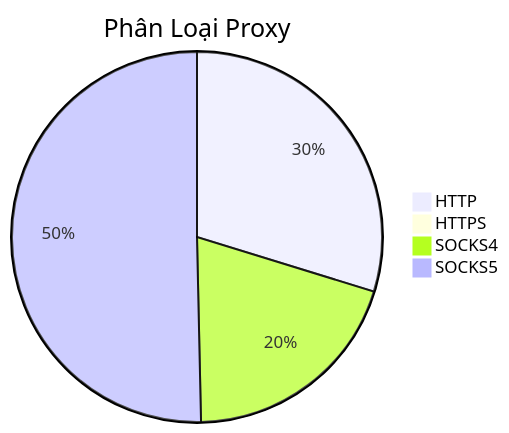
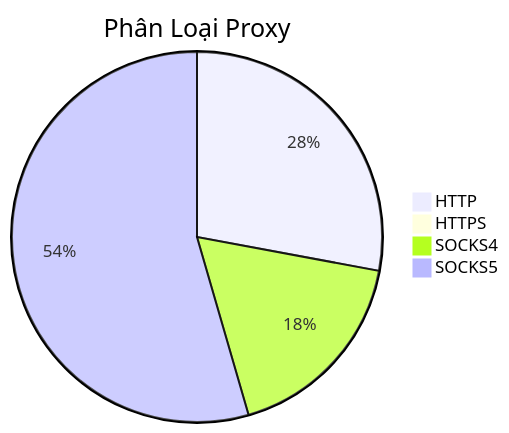
One commit to Ciara-12/PROXY-free changed the diagram in README.md. Above: the diagram before and after it, drawn with Mermaid. The commit also changed other lines of this file and 4 other files, not shown here.

````diff
--- a/README.md
+++ b/README.md
@@ -26,7 +26,7 @@
 ```mermaid
 pie title Phân Loại Proxy
-    "HTTP" : 428
+    "HTTP" : 510
     "HTTPS" : 1
-    "SOCKS4" : 286
-    "SOCKS5" : 724
+    "SOCKS4" : 321
+    "SOCKS5" : 995
 ```
````
